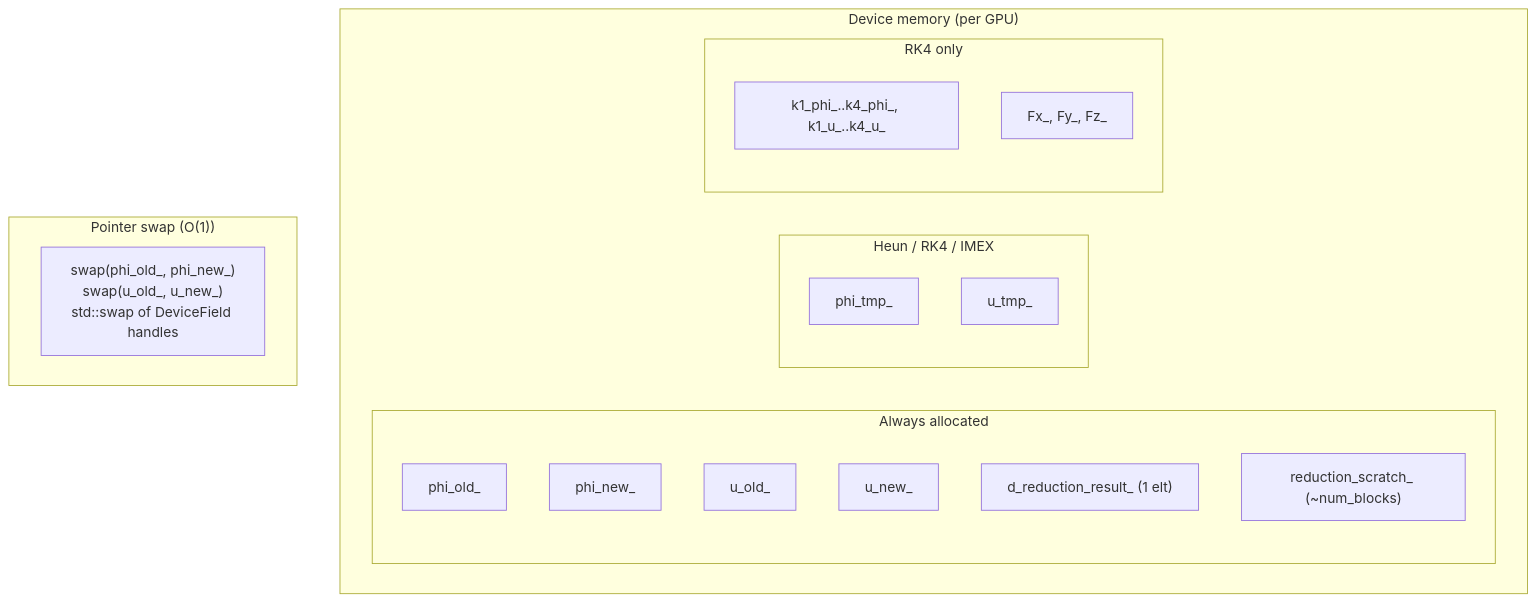
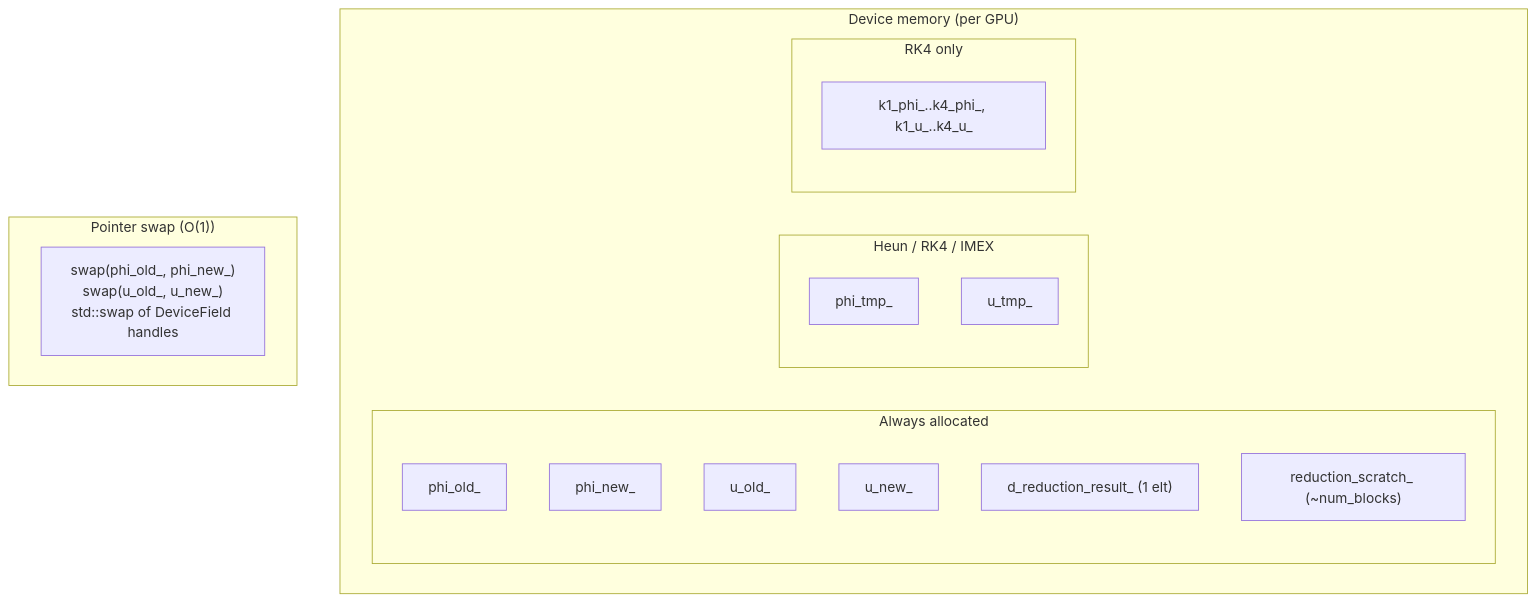
The fifth of 9 diagrams in docs/ARCHITECTURE.md (myousefi2016/Allen-Cahn-CUDA), drawn with Mermaid before and after one commit. The commit also changed other lines of this file and 12 other files, not shown here.

````diff
--- a/docs/ARCHITECTURE.md
+++ b/docs/ARCHITECTURE.md
@@ -271,24 +270,23 @@
 ```mermaid
 graph TB
     subgraph DeviceMem["Device memory (per GPU)"]
         subgraph Always["Always allocated"]
             phi_old["phi_old_"]
             phi_new["phi_new_"]
             u_old["u_old_"]
             u_new["u_new_"]
             redr["d_reduction_result_ (1 elt)"]
             reds["reduction_scratch_ (~num_blocks)"]
         end
         subgraph HRI["Heun / RK4 / IMEX"]
             phi_tmp["phi_tmp_"]
             u_tmp["u_tmp_"]
         end
         subgraph RK4Only["RK4 only"]
             ks["k1_phi_..k4_phi_, k1_u_..k4_u_"]
-            Fs["Fx_, Fy_, Fz_"]
         end
     end
     subgraph Swap["Pointer swap (O(1))"]
         sw["swap(phi_old_, phi_new_)<br/>swap(u_old_, u_new_)<br/>std::swap of DeviceField handles"]
     end
 ```
````
